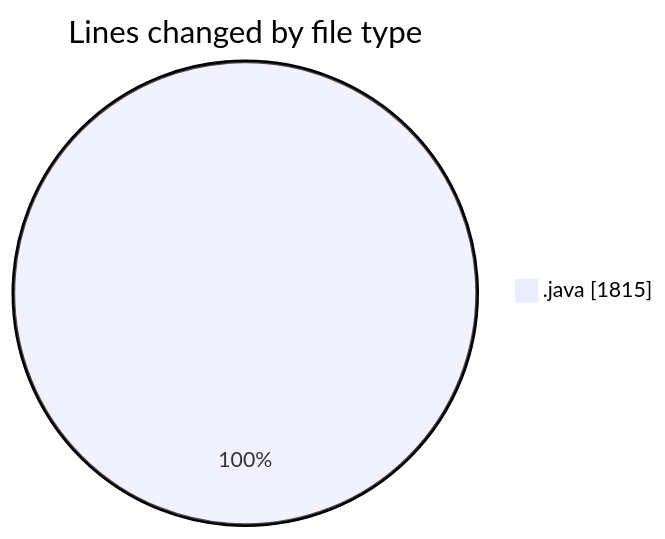
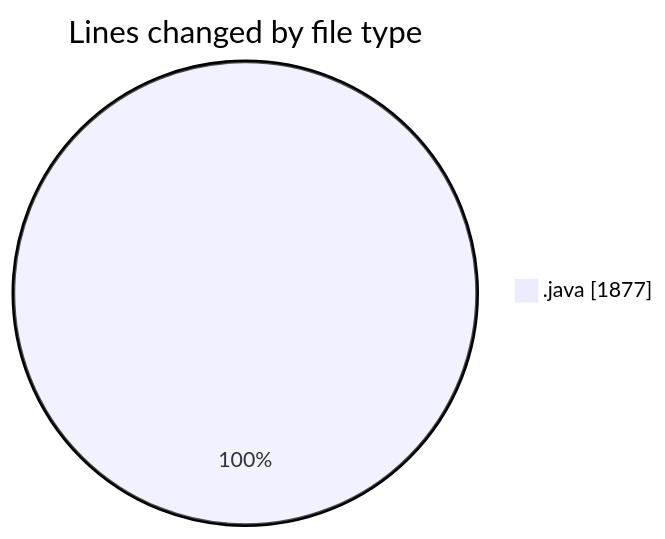
Before and after one commit to ricardozamudiocil/code-tracking: the first of 2 diagrams in 2026-04-23/cilapp/README.md, drawn with Mermaid. The commit also changed other lines of this file and 1 other file, not shown here.

````diff
--- a/2026-04-23/cilapp/README.md
+++ b/2026-04-23/cilapp/README.md
@@ -29,5 +30,5 @@
 ```mermaid
 pie showData
 title Lines changed by file type
-".java" : 1815
+".java" : 1877
 ```
````
